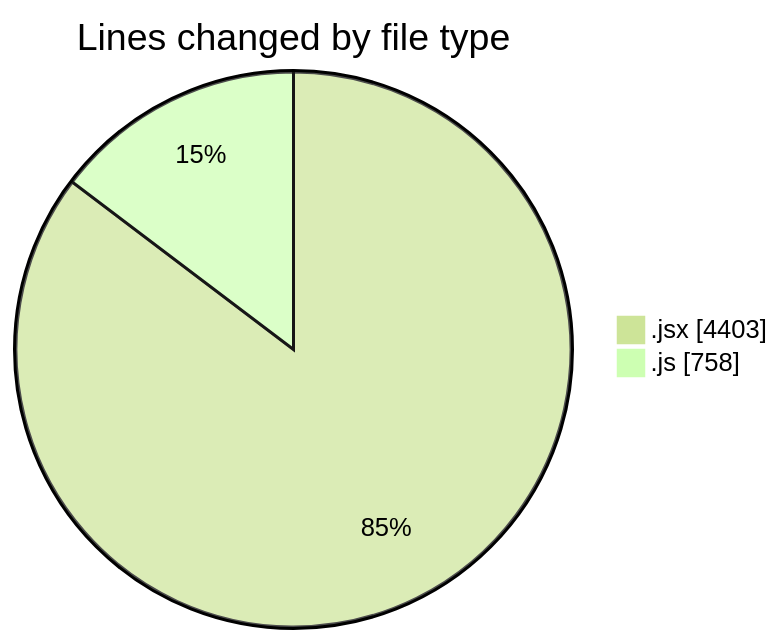
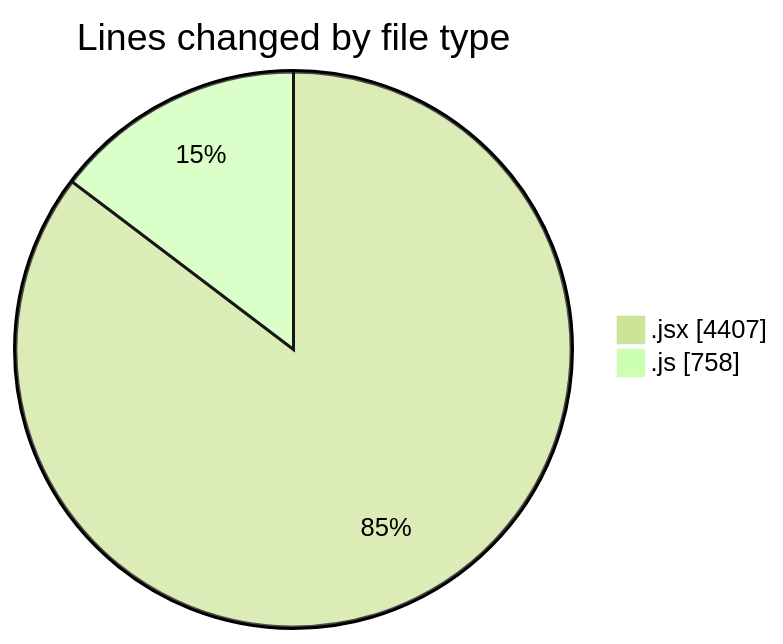
Before and after one commit to nxtqubesakshisongat/code-tracking: the first of 2 diagrams in 2025-08-03/nxtqube_webapp/README.md, drawn with Mermaid (forest theme). The commit also changed other lines of this file and 1 other file, not shown here.

````diff
--- a/2025-08-03/nxtqube_webapp/README.md
+++ b/2025-08-03/nxtqube_webapp/README.md
@@ -30,6 +30,6 @@
 ```mermaid
 pie showData
 title Lines changed by file type
-".jsx" : 4403
+".jsx" : 4407
 ".js" : 758
 ```
````
